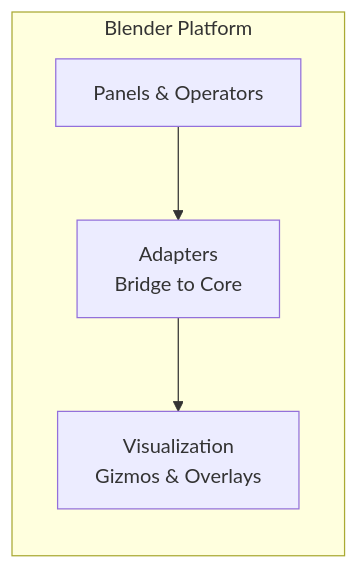
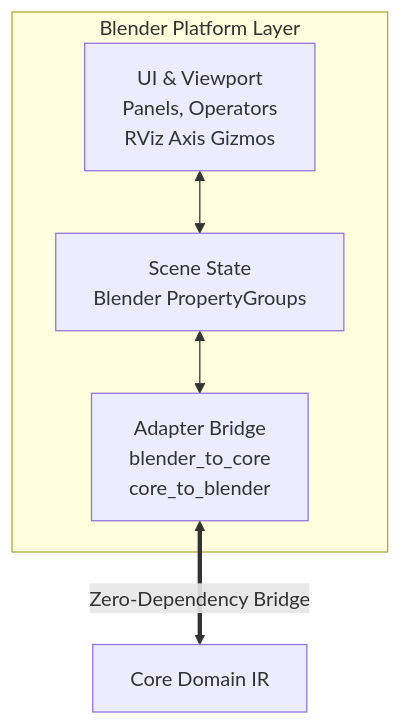
One commit to arounamounchili/linkforge changed the second of 4 diagrams in ARCHITECTURE.md. Above: the diagram before and after it, drawn with Mermaid. The commit also changed other lines of this file and 48 other files, not shown here.

Commit message:
refactor: decouple platform layer, hoist imports, and consolidate test suite

````diff
--- a/ARCHITECTURE.md
+++ b/ARCHITECTURE.md
@@ -16,10 +24,12 @@
 ```mermaid
-graph LR
-    subgraph "Blender Platform"
-        UI[Panels & Operators]
-        Adapters[Adapters<br/>Bridge to Core]
-        Viz[Visualization<br/>Gizmos & Overlays]
+graph TB
+    subgraph "Blender Platform Layer"
+        UI["UI & Viewport<br/>Panels, Operators<br/>RViz Axis Gizmos"]
+        State["Scene State<br/>Blender PropertyGroups"]
+        Bridge["Adapter Bridge<br/>blender_to_core<br/>core_to_blender"]
     end
-    UI --> Adapters
-    Adapters --> Viz
+
+    UI <--> State
+    State <--> Bridge
+    Bridge <==>|"Zero-Dependency Bridge"| Core["Core Domain IR"]
 ```
````
